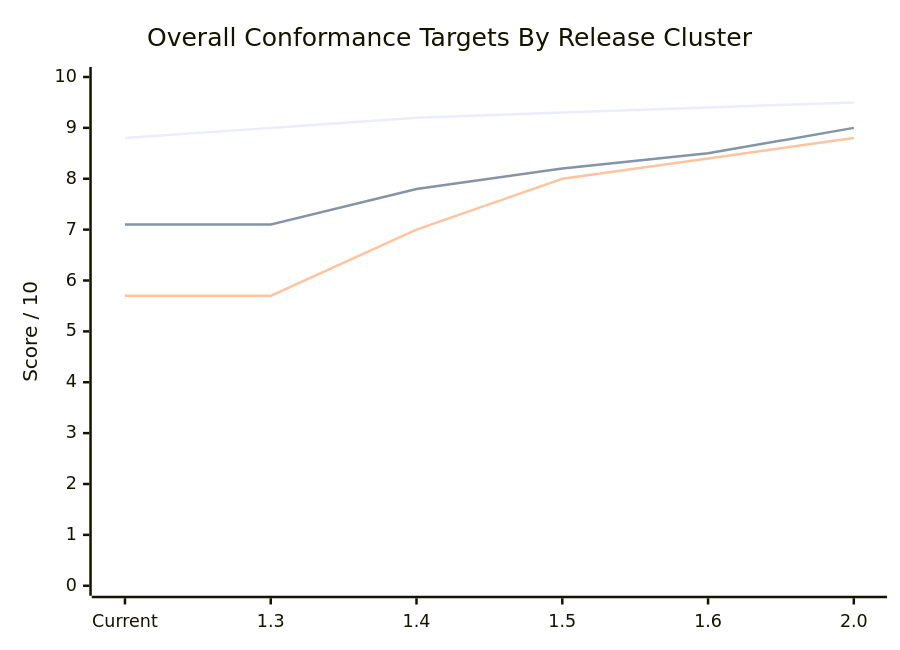
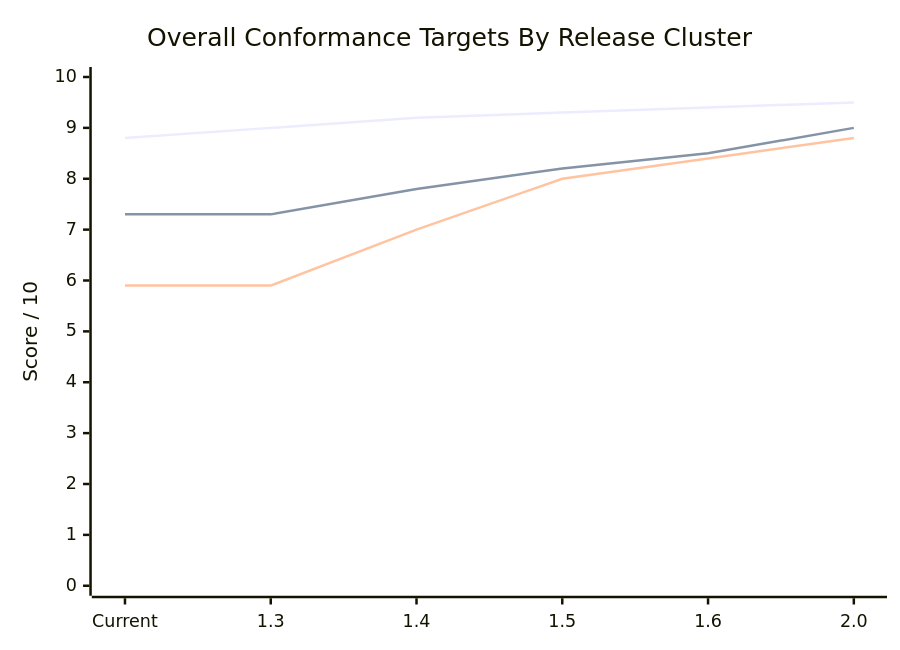
The diagram in CONFORMANCE_METRICS_OVERVIEW.md (sgwoods/Codex-Test1), drawn with Mermaid before and after one commit. The commit also changed other lines of this file and 18 other files, not shown here.

````diff
--- a/CONFORMANCE_METRICS_OVERVIEW.md
+++ b/CONFORMANCE_METRICS_OVERVIEW.md
@@ -27,9 +27,9 @@
 ```mermaid
 xychart-beta
   title "Overall Conformance Targets By Release Cluster"
   x-axis ["Current", "1.3", "1.4", "1.5", "1.6", "2.0"]
   y-axis "Score / 10" 0 --> 10
   line "Aurora Galactica" [8.8, 9.0, 9.2, 9.3, 9.4, 9.5]
-  line "Galaxy Guardians Reference" [7.1, 7.1, 7.8, 8.2, 8.5, 9.0]
-  line "Galaxy Guardians Playtest" [5.7, 5.7, 7.0, 8.0, 8.4, 8.8]
+  line "Galaxy Guardians Reference" [7.3, 7.3, 7.8, 8.2, 8.5, 9.0]
+  line "Galaxy Guardians Playtest" [5.9, 5.9, 7.0, 8.0, 8.4, 8.8]
 ```
````
